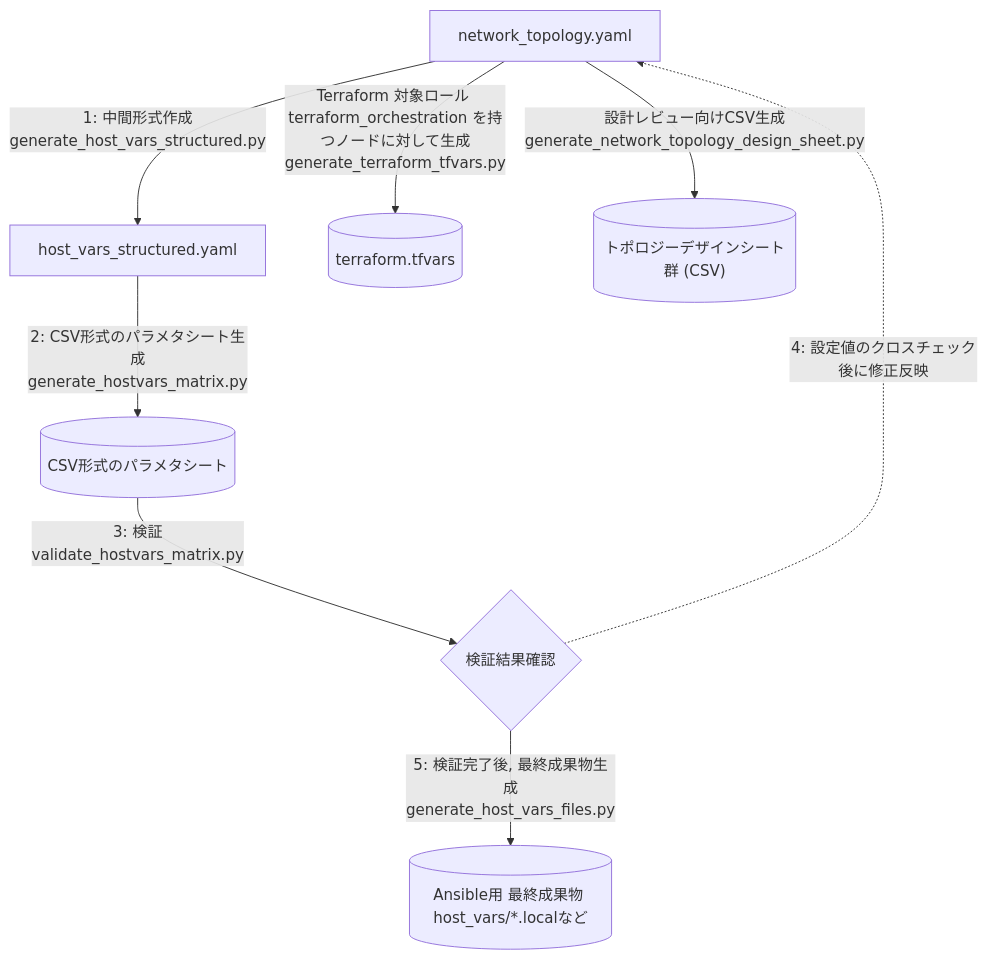
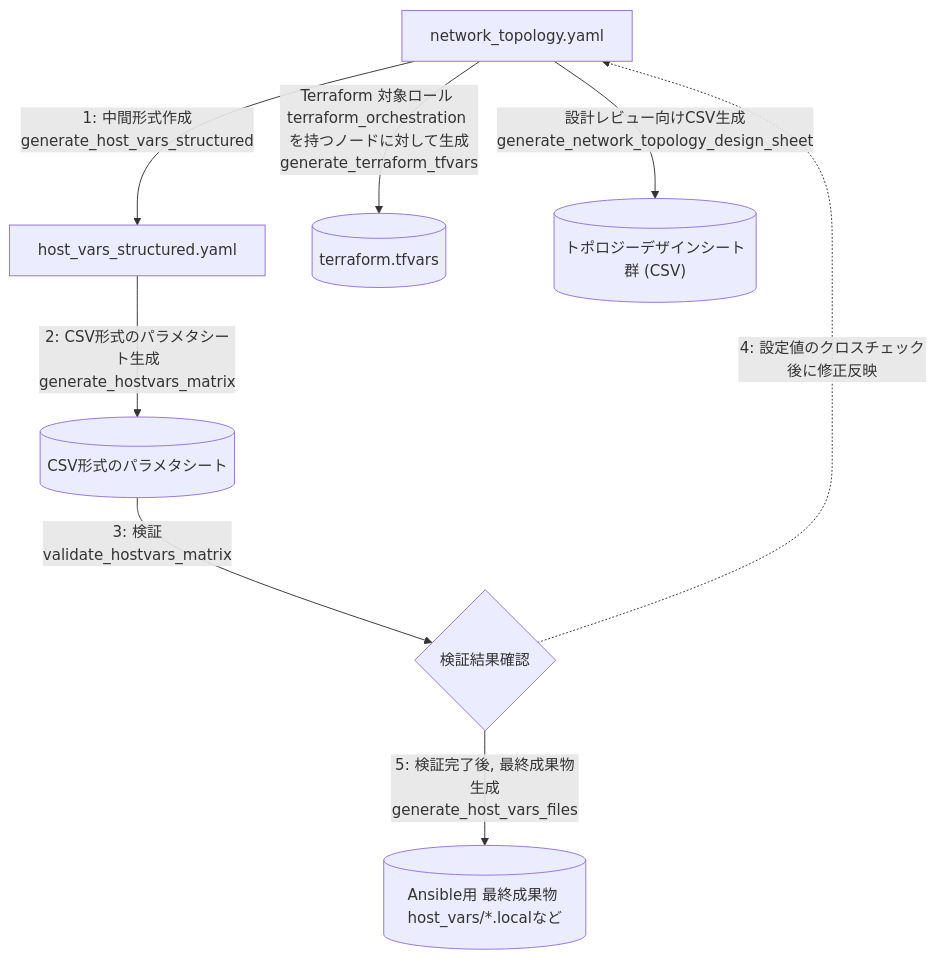
One commit to takeharukato/ansibleConfigGenerator changed the diagram in docs/commands-specJP.md. Above: the diagram before and after it, drawn with Mermaid. The commit also changed other lines of this file and 40 other files, not shown here.

````diff
--- a/docs/commands-specJP.md
+++ b/docs/commands-specJP.md
@@ -218,18 +218,18 @@
 ```mermaid
 flowchart TD
     A[network_topology.yaml]
     B[host_vars_structured.yaml]
     C[(CSV形式のパラメタシート)]
     D{検証結果確認}
     E[(Ansible用 最終成果物 host_vars/*.localなど)]
     F[(terraform.tfvars)]
     G[("トポロジーデザインシート群 (CSV)")]
 
-    A -->|1: 中間形式作成<br/>generate_host_vars_structured.py| B
-    B -->|2: CSV形式のパラメタシート生成<br/>generate_hostvars_matrix.py| C
-    C -->|3: 検証<br/>validate_hostvars_matrix.py| D
+    A -->|1: 中間形式作成<br/>generate_host_vars_structured| B
+    B -->|2: CSV形式のパラメタシート生成<br/>generate_hostvars_matrix| C
+    C -->|3: 検証<br/>validate_hostvars_matrix| D
     D -.->|4: 設定値のクロスチェック後に修正反映| A
-    D -->|5: 検証完了後, 最終成果物生成<br/>generate_host_vars_files.py| E
-    A -->|Terraform 対象ロール terraform_orchestration を持つノードに対して生成<br/>generate_terraform_tfvars.py| F
-    A -->|設計レビュー向けCSV生成<br/>generate_network_topology_design_sheet.py| G
+    D -->|5: 検証完了後, 最終成果物生成<br/>generate_host_vars_files| E
+    A -->|Terraform 対象ロール terraform_orchestration を持つノードに対して生成<br/>generate_terraform_tfvars| F
+    A -->|設計レビュー向けCSV生成<br/>generate_network_topology_design_sheet| G
 ```
````
